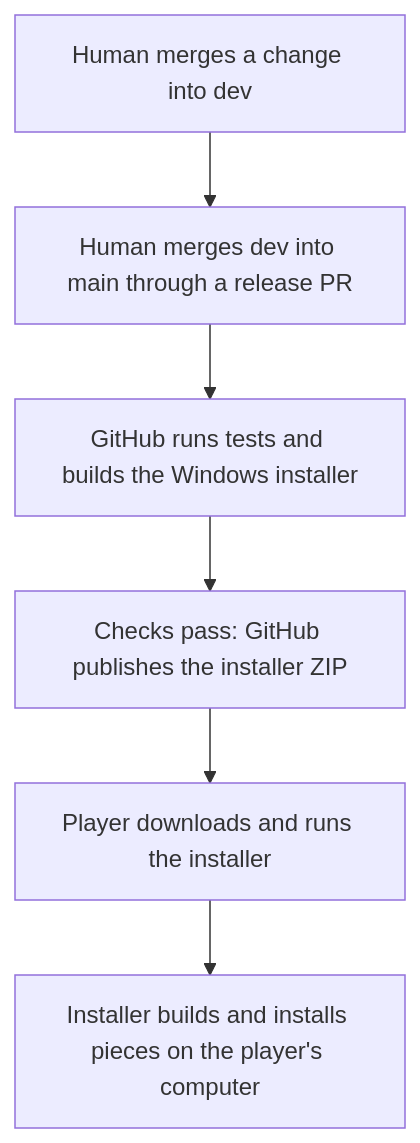
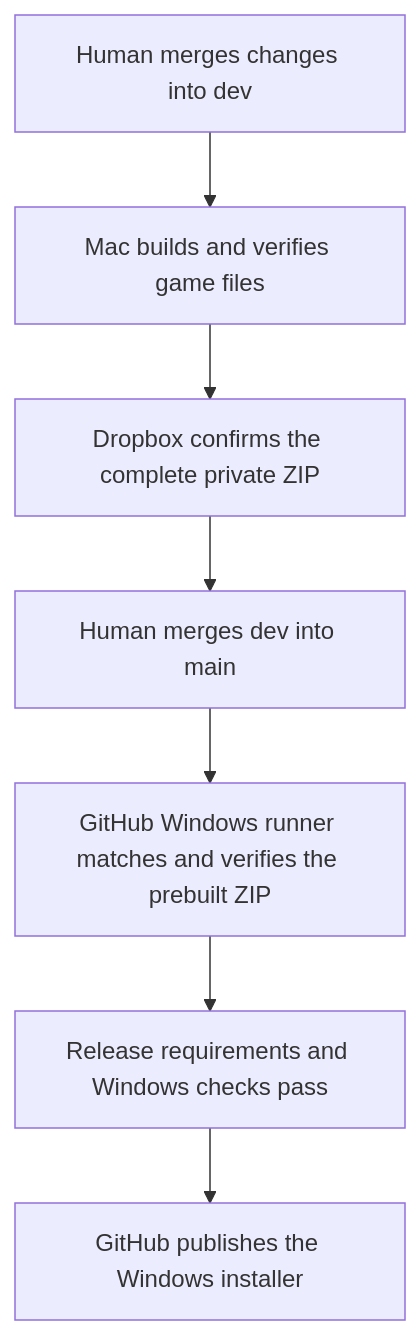
The diagram in custom-pieces/docs/AUTOMATIC_RELEASES.md (KomodorDev/sc4-simons-custom-pieces), drawn with Mermaid before and after one commit. The commit also changed other lines of this file and 19 other files, not shown here.

Commit message:
Hand off verified installer releases through private Dropbox

````diff
--- a/custom-pieces/docs/AUTOMATIC_RELEASES.md
+++ b/custom-pieces/docs/AUTOMATIC_RELEASES.md
@@ -22,8 +20,9 @@
 ```mermaid
 flowchart TD
-    A[Human merges a change into dev] --> B[Human merges dev into main through a release PR]
-    B --> C[GitHub runs tests and builds the Windows installer]
-    C --> D[Checks pass: GitHub publishes the installer ZIP]
-    D --> E[Player downloads and runs the installer]
-    E --> F[Installer builds and installs pieces on the player's computer]
+    A[Human merges changes into dev] --> B[Mac builds and verifies game files]
+    B --> C[Dropbox confirms the complete private ZIP]
+    C --> D[Human merges dev into main]
+    D --> E[GitHub Windows runner matches and verifies the prebuilt ZIP]
+    E --> F[Release requirements and Windows checks pass]
+    F --> G[GitHub publishes the Windows installer]
 ```
````
